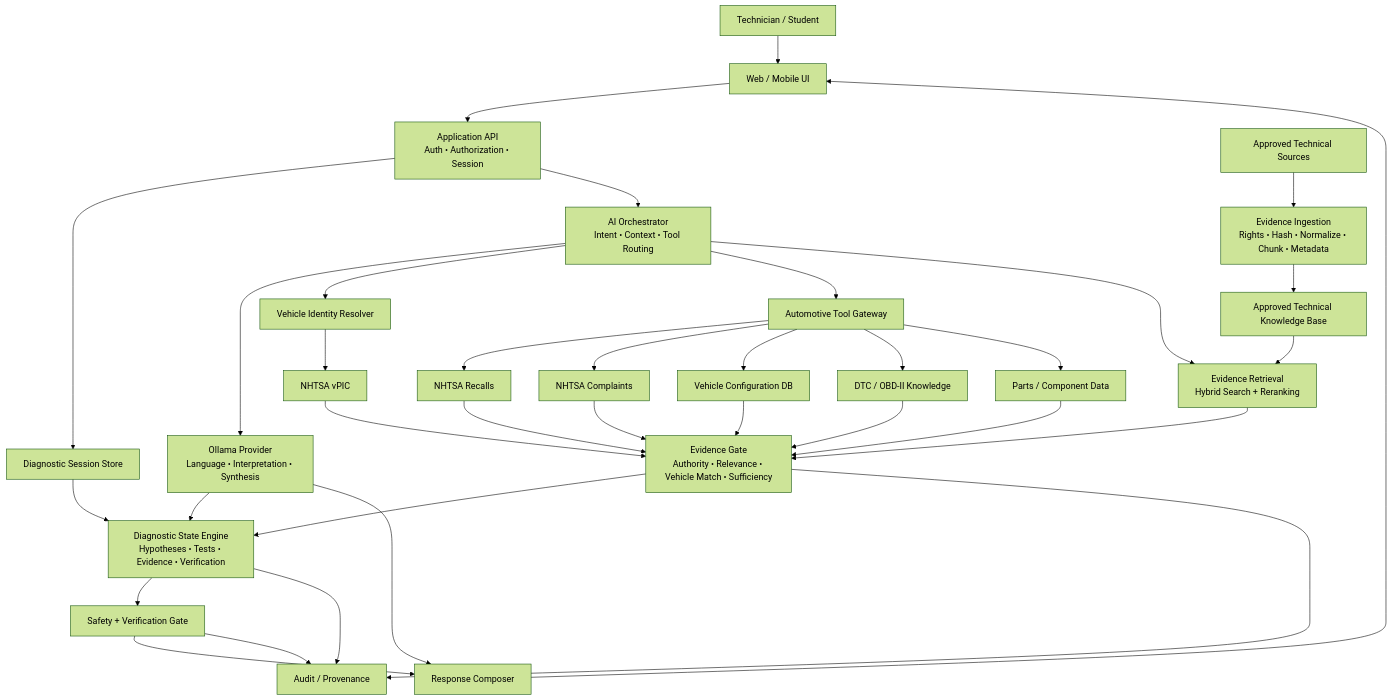
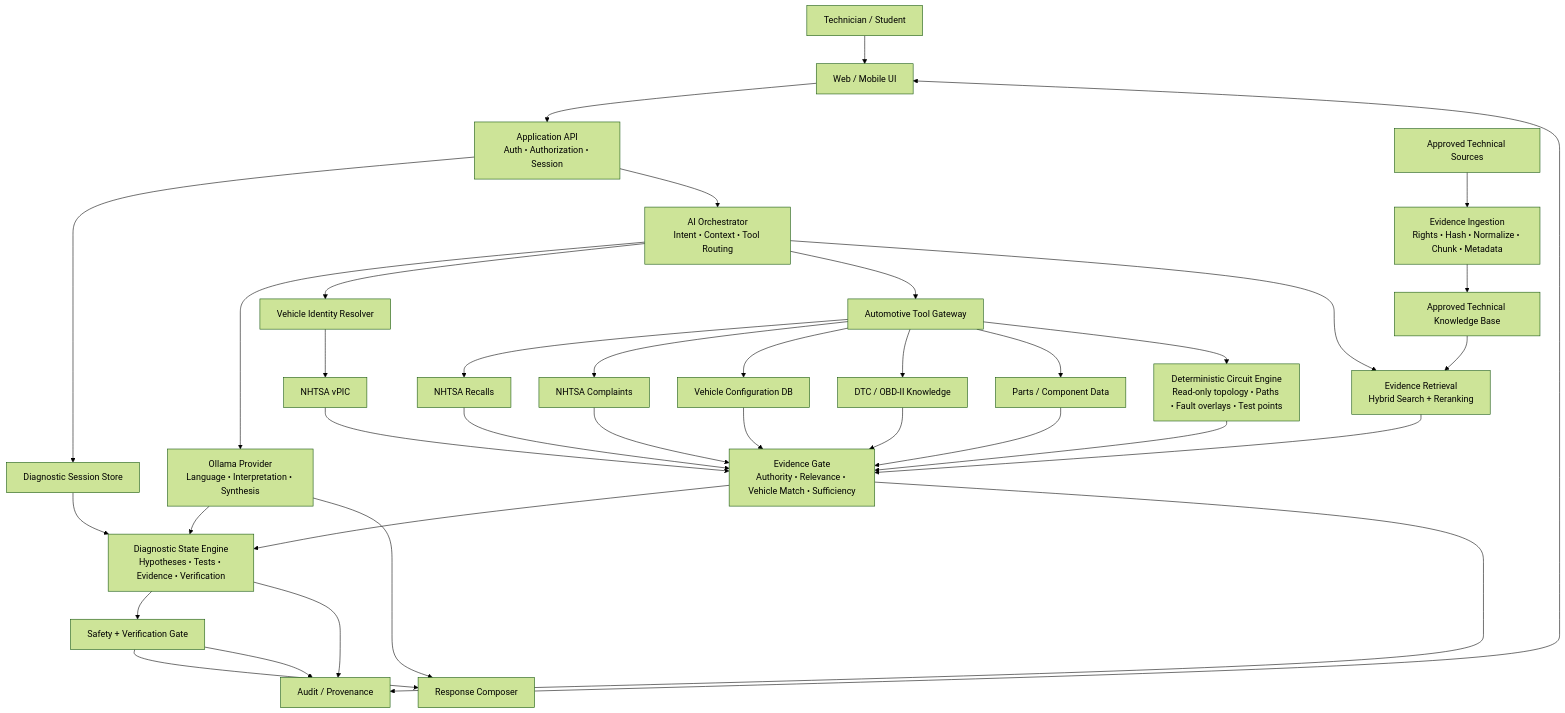
The first of 2 diagrams in docs/architecture/ai-mechanic-assistant-architecture.md (73junito/car-diagnosis-simulator), drawn with Mermaid (forest theme) before and after one commit. The commit also changed other lines of this file and 6 other files, not shown here.

Commit message:
integrate: bind AI mechanic to deterministic circuit engine

````diff
--- a/docs/architecture/ai-mechanic-assistant-architecture.md
+++ b/docs/architecture/ai-mechanic-assistant-architecture.md
@@ -13,66 +13,69 @@
 ```mermaid
 flowchart TD
     U["Technician / Student"]
     UI["Web / Mobile UI"]
     API["Application API<br/>Auth • Authorization • Session"]
     SESSION["Diagnostic Session Store"]
     ORCH["AI Orchestrator<br/>Intent • Context • Tool Routing"]
     LLM["Ollama Provider<br/>Language • Interpretation • Synthesis"]
     VEHID["Vehicle Identity Resolver"]
     TOOLGW["Automotive Tool Gateway"]
+    CIRCUIT["Deterministic Circuit Engine<br/>Read-only topology • Paths • Fault overlays • Test points"]
     VPIC["NHTSA vPIC"]
     RECALL["NHTSA Recalls"]
     COMPLAINT["NHTSA Complaints"]
     VEHDB["Vehicle Configuration DB"]
     DTC["DTC / OBD-II Knowledge"]
     PARTS["Parts / Component Data"]
     RETRIEVE["Evidence Retrieval<br/>Hybrid Search + Reranking"]
     KB["Approved Technical Knowledge Base"]
     INGEST["Evidence Ingestion<br/>Rights • Hash • Normalize • Chunk • Metadata"]
     DOCS["Approved Technical Sources"]
     EVIDENCE["Evidence Gate<br/>Authority • Relevance • Vehicle Match • Sufficiency"]
     DIAG["Diagnostic State Engine<br/>Hypotheses • Tests • Evidence • Verification"]
     SAFETY["Safety + Verification Gate"]
     RESPONSE["Response Composer"]
     AUDIT["Audit / Provenance"]
 
     U --> UI
     UI --> API
     API --> SESSION
     API --> ORCH
     ORCH --> LLM
     ORCH --> VEHID
     ORCH --> TOOLGW
     ORCH --> RETRIEVE
 
     VEHID --> VPIC
     TOOLGW --> RECALL
     TOOLGW --> COMPLAINT
     TOOLGW --> VEHDB
     TOOLGW --> DTC
     TOOLGW --> PARTS
+    TOOLGW --> CIRCUIT
 
     DOCS --> INGEST
     INGEST --> KB
     KB --> RETRIEVE
 
     VPIC --> EVIDENCE
     RECALL --> EVIDENCE
     COMPLAINT --> EVIDENCE
     VEHDB --> EVIDENCE
     DTC --> EVIDENCE
     PARTS --> EVIDENCE
+    CIRCUIT --> EVIDENCE
     RETRIEVE --> EVIDENCE
 
     EVIDENCE --> DIAG
     SESSION --> DIAG
     LLM --> DIAG
     DIAG --> SAFETY
     SAFETY --> RESPONSE
     LLM --> RESPONSE
     RESPONSE --> UI
 
     EVIDENCE --> AUDIT
     DIAG --> AUDIT
     SAFETY --> AUDIT
 ```
````
